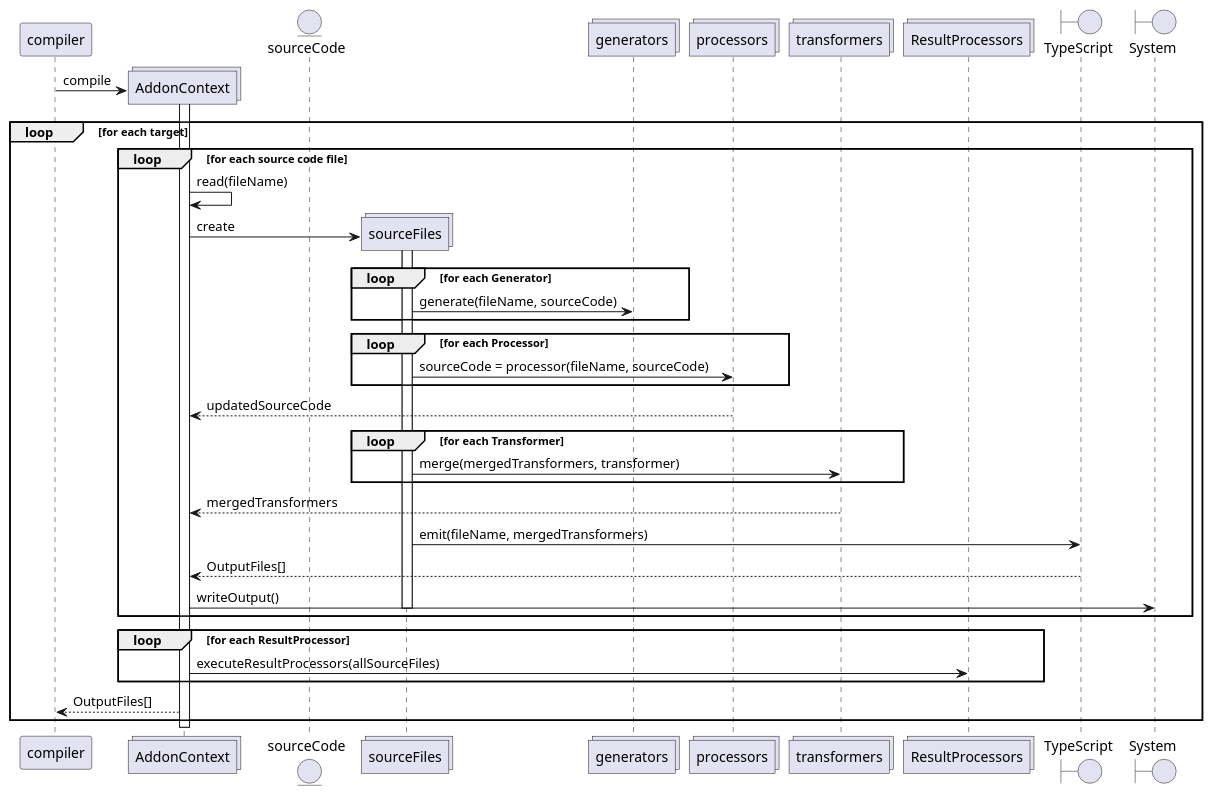
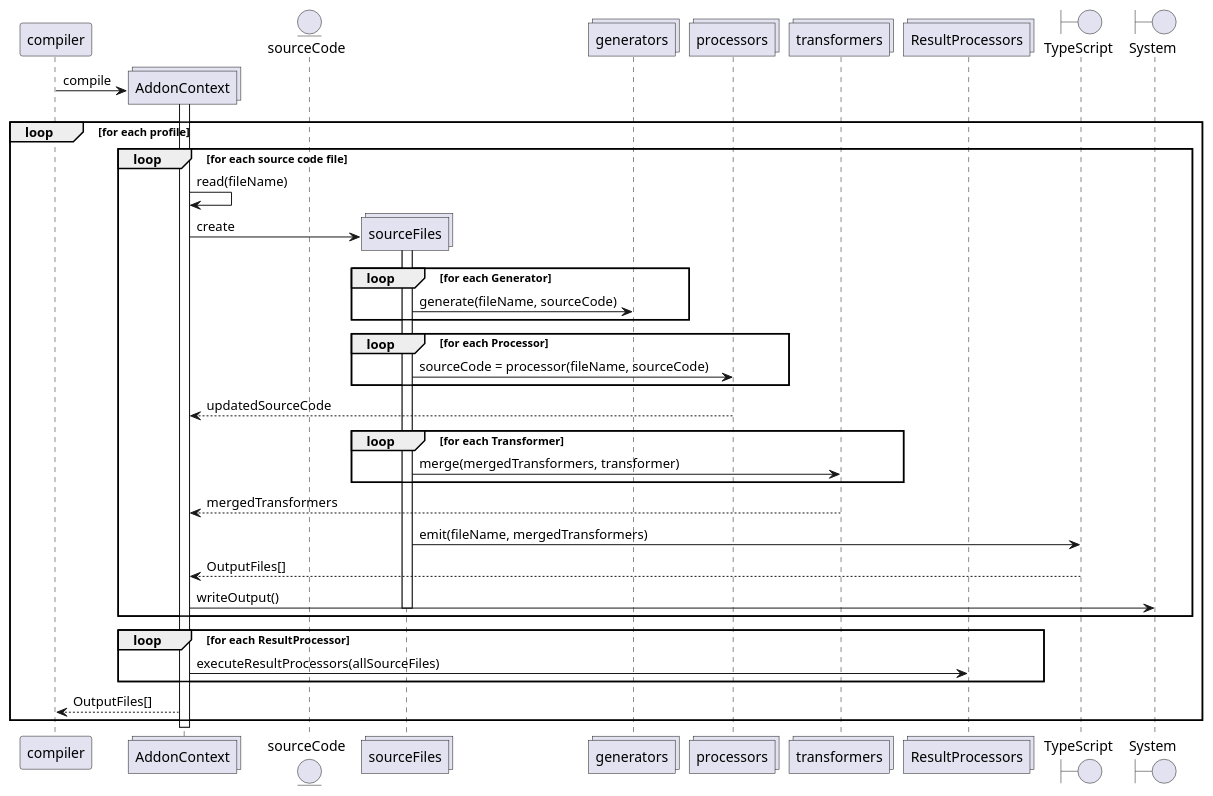
The diagram in packages/api/docs/write-your-own-addon.md (quatico-solutions/websmith), drawn with PlantUML before and after one commit. The commit also changed other lines of this file and 13 other files, not shown here.

First line of the commit message:
r Renames 'target' property to 'profile'

````diff
--- a/packages/api/docs/write-your-own-addon.md
+++ b/packages/api/docs/write-your-own-addon.md
@@ -246,47 +246,47 @@
 ```plantuml
 @startuml
 participant compiler
 collections AddonContext
 entity sourceCode
 collections sourceFiles
 collections generators
 collections processors
 collections transformers
 collections ResultProcessors
 boundary TypeScript
 boundary System
 
     create sourceCode
     create AddonContext
     compiler -> AddonContext: compile
     activate AddonContext
-    loop for each target
+    loop for each profile
         loop for each source code file
             AddonContext -> AddonContext: read(fileName)
             create sourceFiles
             AddonContext -> sourceFiles: create 
             activate sourceFiles
             loop for each Generator
                 sourceFiles -> generators: generate(fileName, sourceCode)
             end
             loop for each Processor
                 sourceFiles -> processors: sourceCode = processor(fileName, sourceCode)
             end
             processors --> AddonContext: updatedSourceCode
             loop for each Transformer
                 sourceFiles -> transformers: merge(mergedTransformers, transformer)
             end
             transformers --> AddonContext: mergedTransformers
             sourceFiles -> TypeScript: emit(fileName, mergedTransformers)
             TypeScript --> AddonContext: OutputFiles[]
             AddonContext -> System: writeOutput()
             deactivate sourceFiles
         end
         loop for each ResultProcessor
             AddonContext -> ResultProcessors: executeResultProcessors(allSourceFiles)
         end
         AddonContext --> compiler: OutputFiles[]
     end
     deactivate AddonContext
 @enduml
 ```
````
